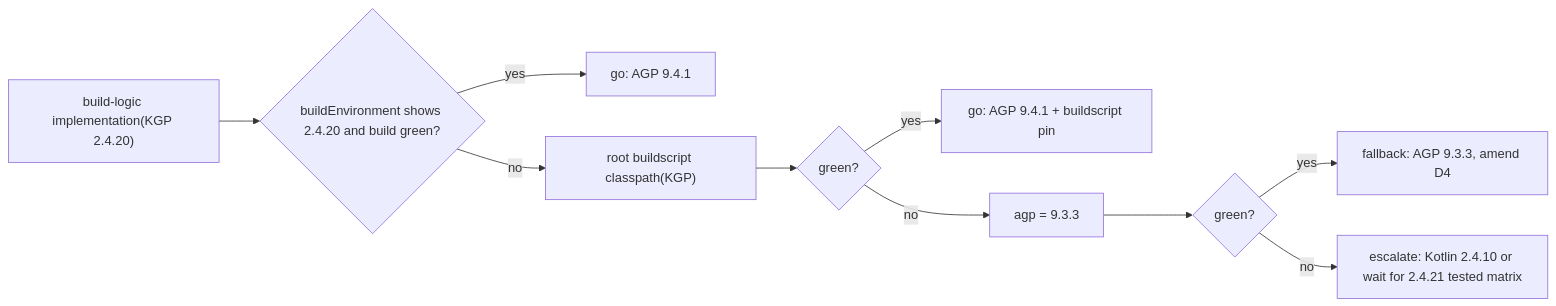
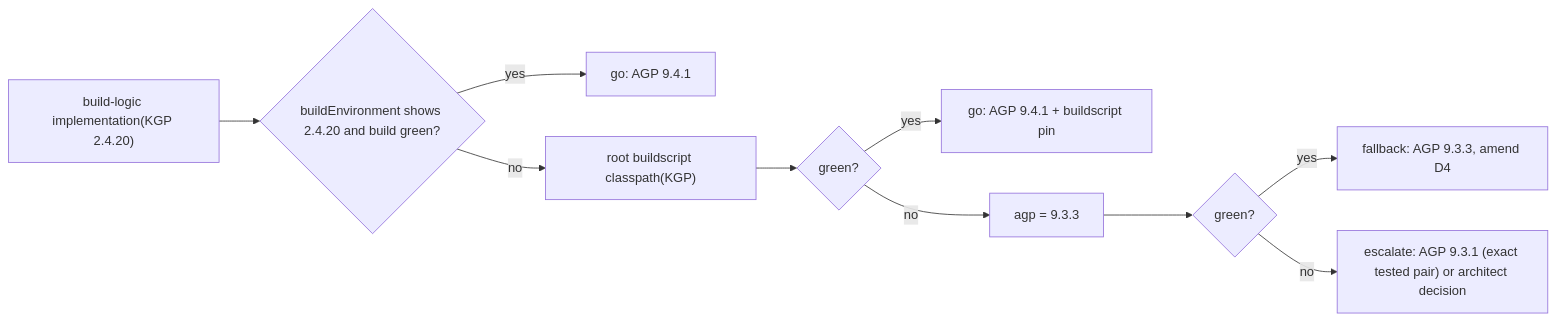
Before and after one commit to BigBoyDevBox/Neutrodyne: the third of 3 diagrams in docs/design/01-foundation.md, drawn with Mermaid. The commit also changed other lines of this file and 2 other files, not shown here.

````diff
--- a/docs/design/01-foundation.md
+++ b/docs/design/01-foundation.md
@@ -1508,12 +1594,12 @@
 ```mermaid
 flowchart LR
   a["build-logic implementation(KGP 2.4.20)"] --> b{"buildEnvironment shows 2.4.20 and build green?"}
   b -->|yes| go["go: AGP 9.4.1"]
   b -->|no| c["root buildscript classpath(KGP)"]
   c --> d{"green?"}
   d -->|yes| go2["go: AGP 9.4.1 + buildscript pin"]
   d -->|no| e["agp = 9.3.3"]
   e --> f{"green?"}
   f -->|yes| fb["fallback: AGP 9.3.3, amend D4"]
-  f -->|no| esc["escalate: Kotlin 2.4.10 or wait for 2.4.21 tested matrix"]
+  f -->|no| esc["escalate: AGP 9.3.1 (exact tested pair) or architect decision"]
 ```
````
